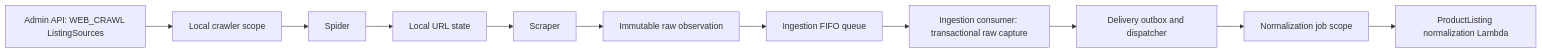
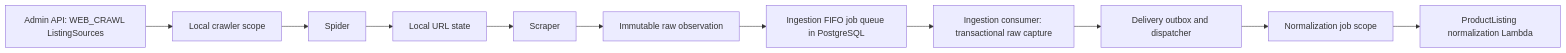
Before and after one commit to aura-historia/backend: the diagram in docs/crawler/README.md, drawn with Mermaid. The commit also changed other lines of this file and 60 other files, not shown here.

First line of the commit message:
feat(#3028): ProductListing ingestion admission through the PostgreSQL queue (#3049)

````diff
--- a/docs/crawler/README.md
+++ b/docs/crawler/README.md
@@ -9,13 +9,13 @@
 ```mermaid
 flowchart LR
     Source[Admin API: WEB_CRAWL ListingSources] --> Sync[Local crawler scope]
     Sync --> Spider[Spider]
     Spider --> Urls[Local URL state]
     Urls --> Scraper[Scraper]
     Scraper --> Raw[Immutable raw observation]
-    Raw --> Queue[Ingestion FIFO queue]
+    Raw --> Queue[Ingestion FIFO job queue in PostgreSQL]
     Queue --> Capture[Ingestion consumer: transactional raw capture]
     Capture --> CDC[Delivery outbox and dispatcher]
     CDC --> SQS[Normalization job scope]
     SQS --> Normalizer[ProductListing normalization Lambda]
 ```
````
